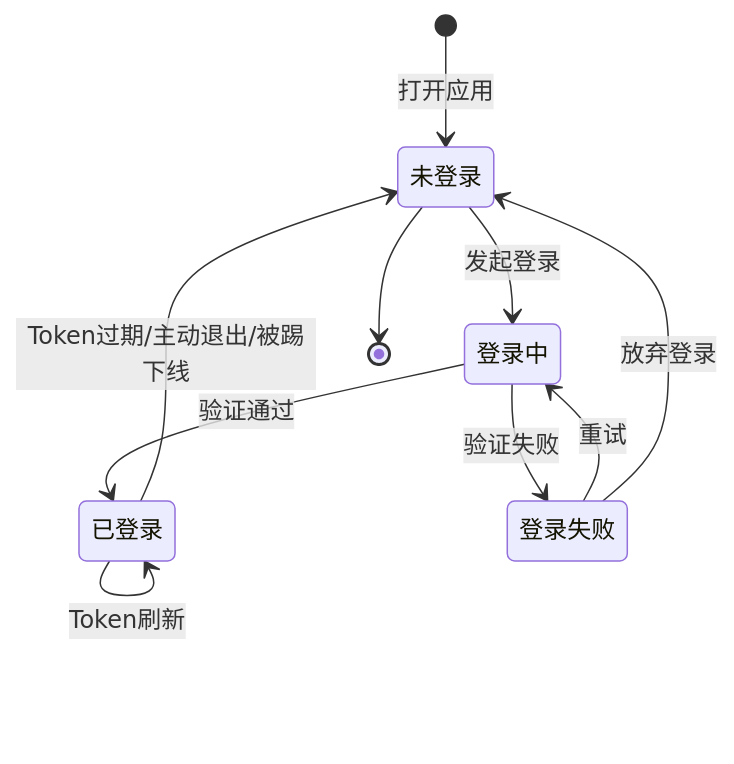
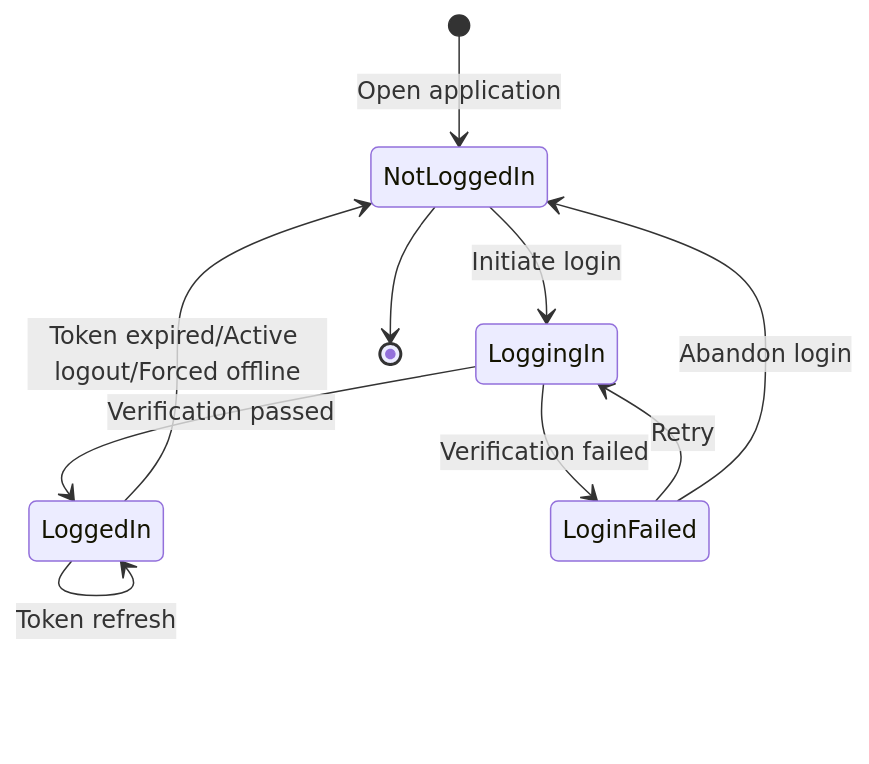
The sixth of 12 diagrams in templates/产品/产品层/【模板】产品需求文档.md (Kirky-X/cangjie), drawn with Mermaid before and after one commit. The commit also changed other lines of this file and 60 other files, not shown here.

````diff
--- a/templates/产品/产品层/【模板】产品需求文档.md
+++ b/templates/产品/产品层/【模板】产品需求文档.md
@@ -303,12 +303,12 @@
 ```mermaid
 stateDiagram-v2
-    [*] --> 未登录: 打开应用
-    未登录 --> 登录中: 发起登录
-    登录中 --> 已登录: 验证通过
-    登录中 --> 登录失败: 验证失败
-    登录失败 --> 登录中: 重试
-    登录失败 --> 未登录: 放弃登录
-    已登录 --> 已登录: Token刷新
-    已登录 --> 未登录: Token过期/主动退出/被踢下线
-    未登录 --> [*]
+    [*] --> NotLoggedIn: Open application
+    NotLoggedIn --> LoggingIn: Initiate login
+    LoggingIn --> LoggedIn: Verification passed
+    LoggingIn --> LoginFailed: Verification failed
+    LoginFailed --> LoggingIn: Retry
+    LoginFailed --> NotLoggedIn: Abandon login
+    LoggedIn --> LoggedIn: Token refresh
+    LoggedIn --> NotLoggedIn: Token expired/Active logout/Forced offline
+    NotLoggedIn --> [*]
 ```
````
